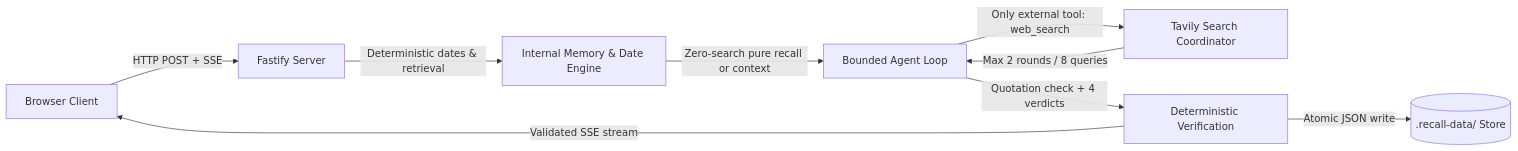
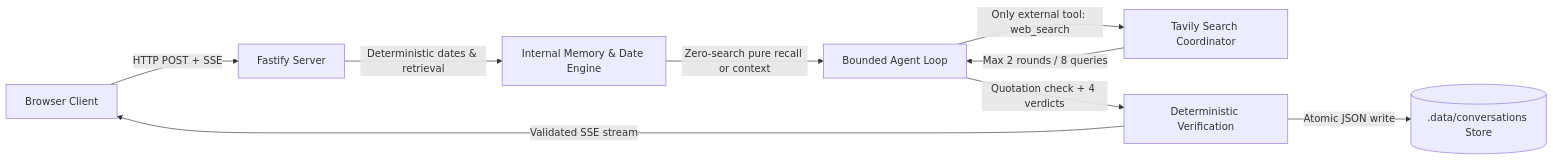
The diagram in README.md (premnandha1805/minimi-recall-agent), drawn with Mermaid before and after one commit. The commit also changed other lines of this file and 3 other files, not shown here.

````diff
--- a/README.md
+++ b/README.md
@@ -86,11 +86,11 @@
 ```mermaid
 flowchart LR
   UI[Browser Client] -->|HTTP POST + SSE| API[Fastify Server]
   API -->|Deterministic dates & retrieval| Memory[Internal Memory & Date Engine]
   Memory -->|Zero-search pure recall or context| Agent[Bounded Agent Loop]
   Agent -->|Only external tool: web_search| Search[Tavily Search Coordinator]
   Search -->|Max 2 rounds / 8 queries| Agent
   Agent -->|Quotation check + 4 verdicts| Verification[Deterministic Verification]
-  Verification -->|Atomic JSON write| Storage[(".recall-data/ Store")]
+  Verification -->|Atomic JSON write| Storage[(".data/conversations Store")]
   Verification -->|Validated SSE stream| UI
 ```
````
